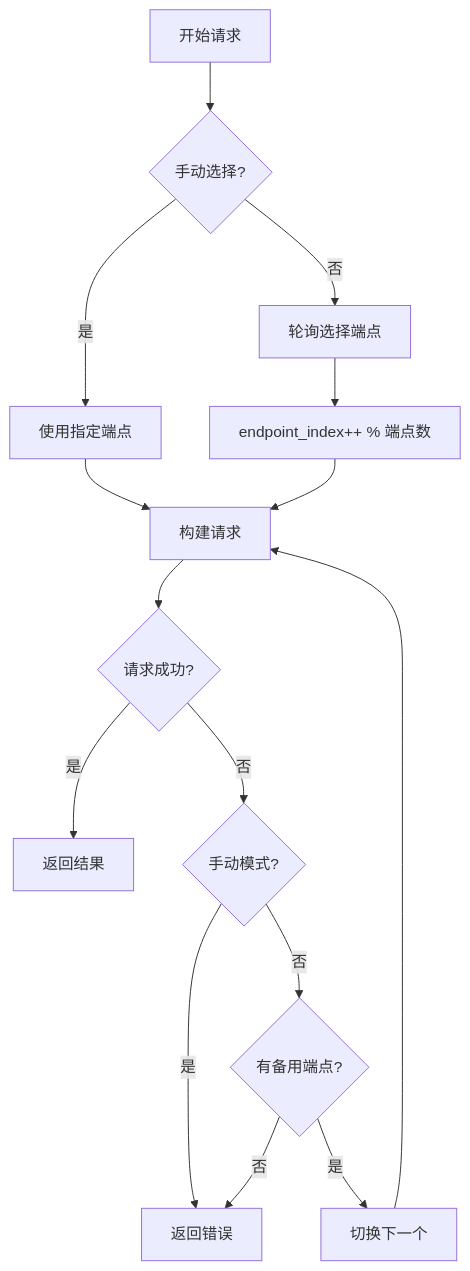
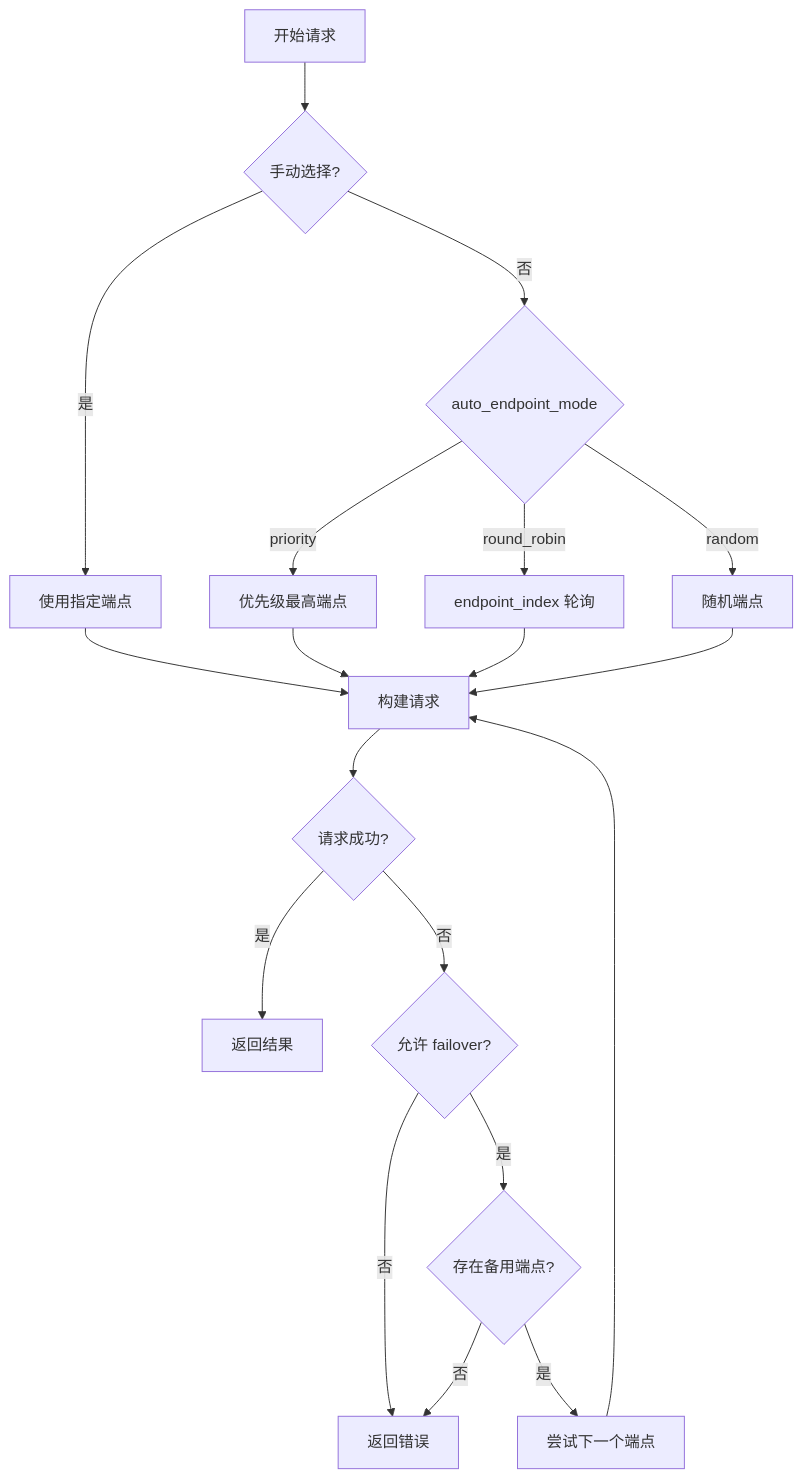
One commit to RexGrey/ComfyUI-Custom-Batchbox changed the third of 16 diagrams in ARCHITECTURE.md. Above: the diagram before and after it, drawn with Mermaid. The commit also changed other lines of this file and 5 other files, not shown here.

````diff
--- a/ARCHITECTURE.md
+++ b/ARCHITECTURE.md
@@ -135,17 +121,21 @@
 ```mermaid
 flowchart TD
     A[开始请求] --> B{手动选择?}
     B -->|是| C[使用指定端点]
-    B -->|否| D[轮询选择端点]
-    D --> E[endpoint_index++ % 端点数]
-    C --> F[构建请求]
-    E --> F
-    F --> G{请求成功?}
-    G -->|是| H[返回结果]
-    G -->|否| I{手动模式?}
-    I -->|是| J[返回错误]
-    I -->|否| K{有备用端点?}
-    K -->|是| L[切换下一个]
-    L --> F
-    K -->|否| J
+    B -->|否| D{auto_endpoint_mode}
+    D -->|priority| E[优先级最高端点]
+    D -->|round_robin| F[endpoint_index 轮询]
+    D -->|random| G[随机端点]
+    C --> H[构建请求]
+    E --> H
+    F --> H
+    G --> H
+    H --> I{请求成功?}
+    I -->|是| J[返回结果]
+    I -->|否| K{允许 failover?}
+    K -->|否| L[返回错误]
+    K -->|是| M{存在备用端点?}
+    M -->|是| N[尝试下一个端点]
+    N --> H
+    M -->|否| L
 ```
````
